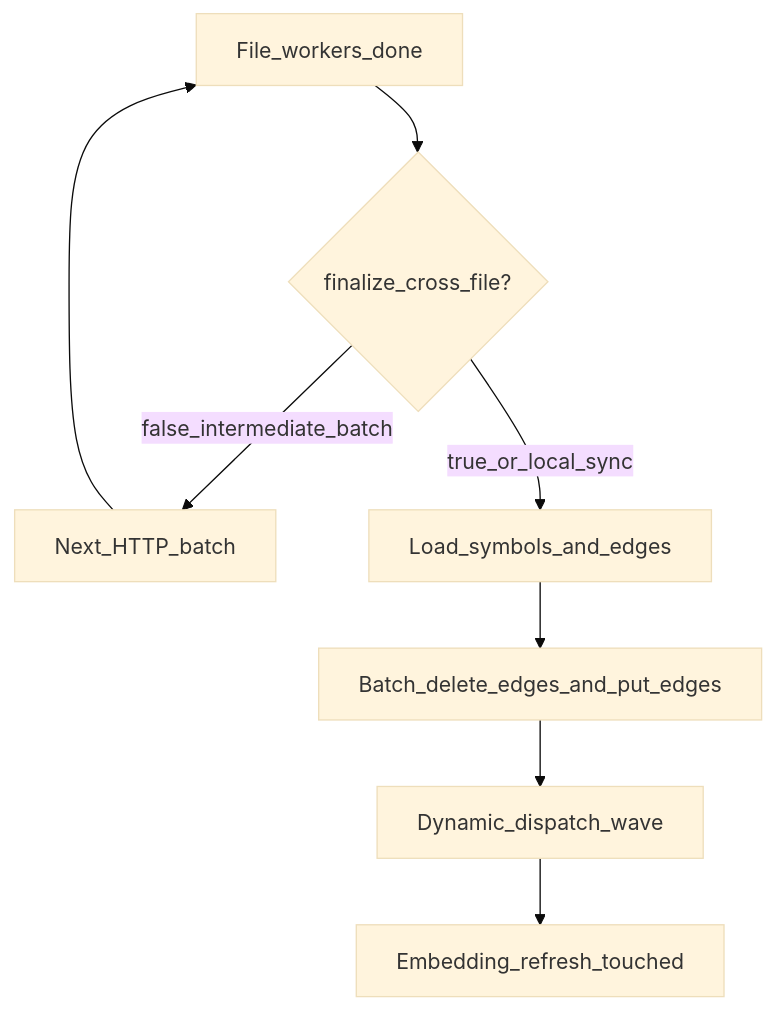
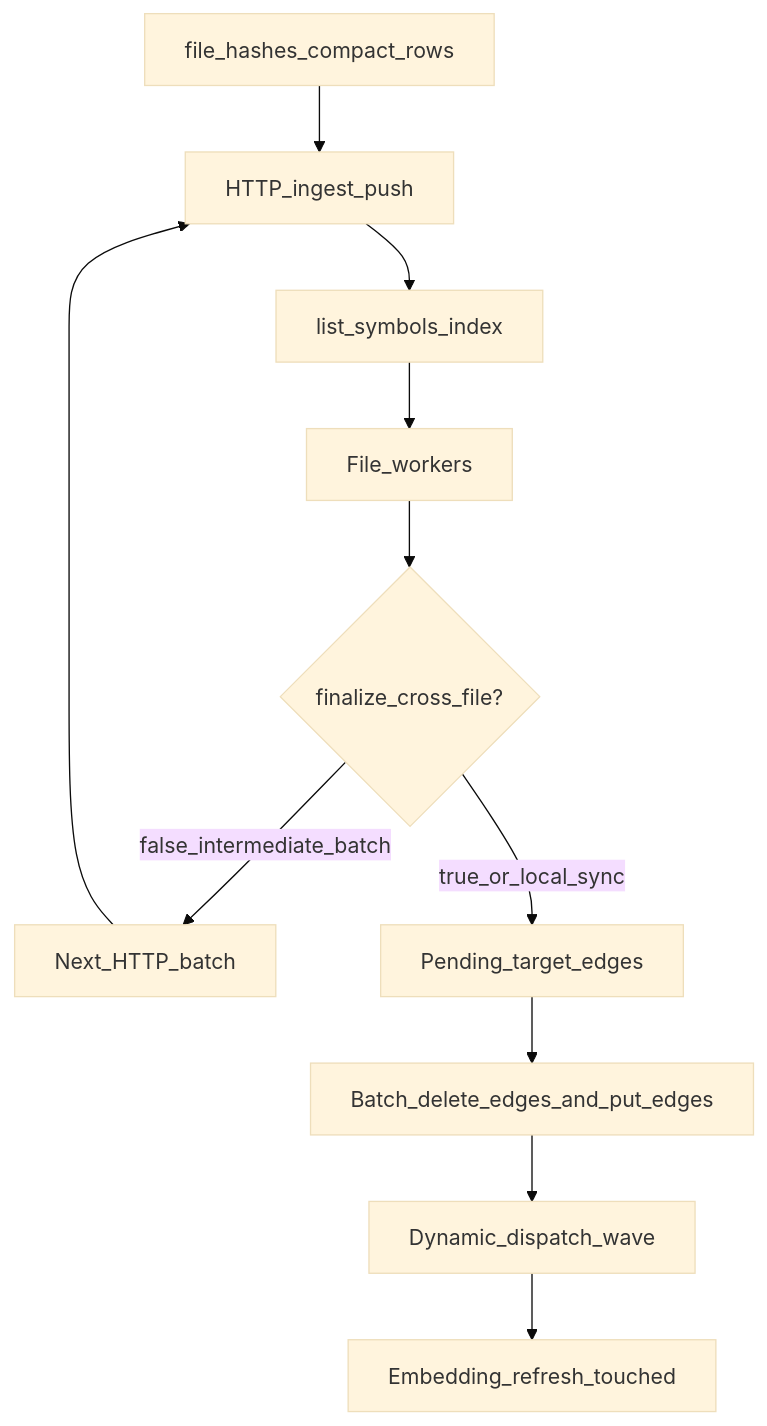
Before and after one commit to Mohammad-Mirasadollahi/Astloom: the diagram in docs/07-code-knowledge-graph/82-sync-finalizing-and-provider-cost-runbook.md, drawn with Mermaid (base theme). The commit also changed other lines of this file and 5 other files, not shown here.

First line of the commit message:
Document Neo4j index/hash fast path for content-push prep and finalize.

````diff
--- a/docs/07-code-knowledge-graph/82-sync-finalizing-and-provider-cost-runbook.md
+++ b/docs/07-code-knowledge-graph/82-sync-finalizing-and-provider-cost-runbook.md
@@ -119,10 +132,13 @@
 ```mermaid
 flowchart TD
-  files[File_workers_done] --> finalizeFlag{finalize_cross_file?}
+  hashes[file_hashes_compact_rows] --> push[HTTP_ingest_push]
+  push --> idx[list_symbols_index]
+  idx --> workers[File_workers]
+  workers --> finalizeFlag{finalize_cross_file?}
   finalizeFlag -->|false_intermediate_batch| nextBatch[Next_HTTP_batch]
-  finalizeFlag -->|true_or_local_sync| snap[Load_symbols_and_edges]
-  snap --> batchRelink[Batch_delete_edges_and_put_edges]
+  finalizeFlag -->|true_or_local_sync| pending[Pending_target_edges]
+  pending --> batchRelink[Batch_delete_edges_and_put_edges]
   batchRelink --> dispatch[Dynamic_dispatch_wave]
   dispatch --> embed[Embedding_refresh_touched]
-  nextBatch --> files
+  nextBatch --> push
 ```
````
